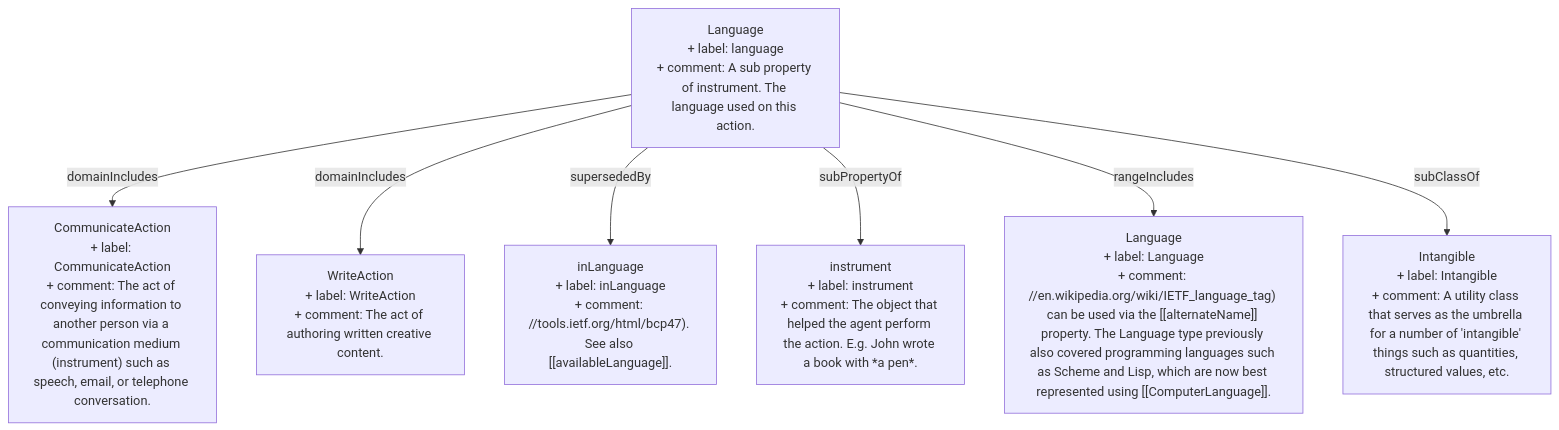
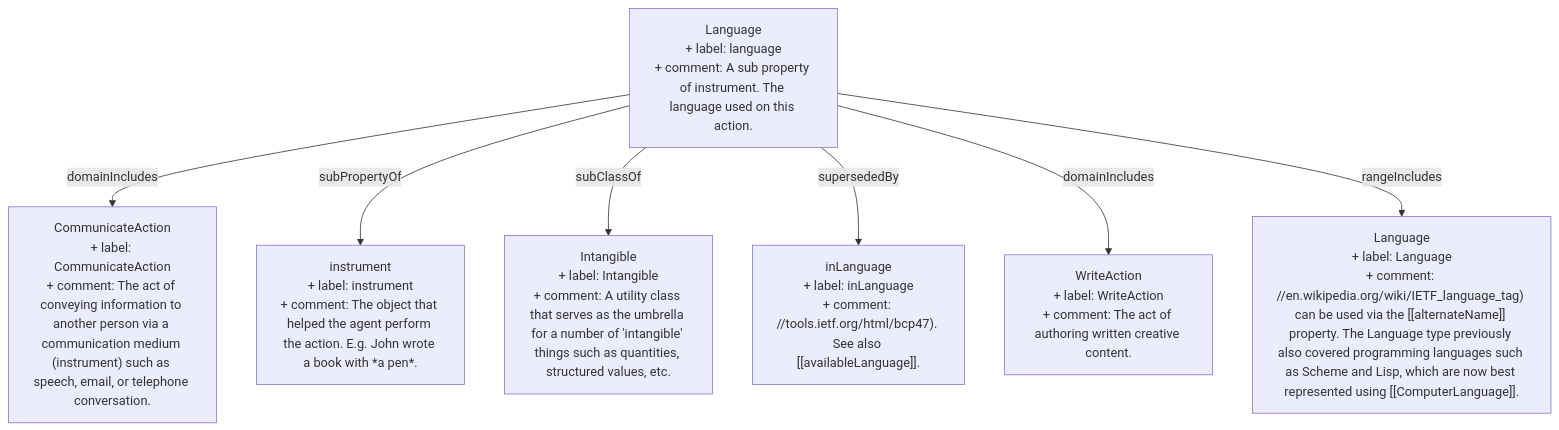
Before and after one commit to heidingaway/heidi2: the diagram in content/schema/Language.md, drawn with Mermaid. The commit also changed other lines of this file and 512 other files, not shown here.

````diff
--- a/content/schema/Language.md
+++ b/content/schema/Language.md
@@ -28,16 +28,16 @@
 ```mermaid
 graph TD
   Language["Language<br>+ label: language<br>+ comment: A sub property of instrument. The language used on this action."]:::current-page-node
   instrument["instrument<br>+ label: instrument<br>+ comment: The object that helped the agent perform the action. E.g. John wrote a book with *a pen*."]
   CommunicateAction["CommunicateAction<br>+ label: CommunicateAction<br>+ comment: The act of conveying information to another person via a communication medium (instrument) such as speech, email, or telephone conversation."]
   WriteAction["WriteAction<br>+ label: WriteAction<br>+ comment: The act of authoring written creative content."]
   Language_1["Language<br>+ label: Language<br>+ comment: //en.wikipedia.org/wiki/IETF_language_tag) can be used via the [[alternateName]] property. The Language type previously also covered programming languages such as Scheme and Lisp, which are now best represented using [[ComputerLanguage]]."]
   inLanguage["inLanguage<br>+ label: inLanguage<br>+ comment: //tools.ietf.org/html/bcp47). See also [[availableLanguage]]."]
   Intangible["Intangible<br>+ label: Intangible<br>+ comment: A utility class that serves as the umbrella for a number of 'intangible' things such as quantities, structured values, etc."]
   Language-->|" domainIncludes "|CommunicateAction
+  Language-->|" subPropertyOf "|instrument
+  Language-->|" subClassOf "|Intangible
+  Language-->|" supersededBy "|inLanguage
   Language-->|" domainIncludes "|WriteAction
-  Language-->|" supersededBy "|inLanguage
-  Language-->|" subPropertyOf "|instrument
   Language-->|" rangeIncludes "|Language_1
-  Language-->|" subClassOf "|Intangible
 ```
````
